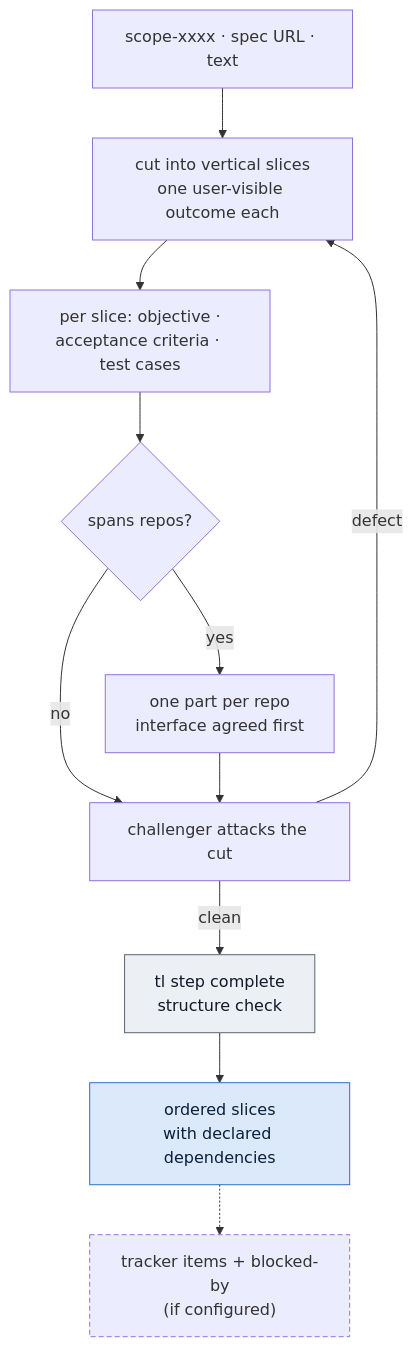
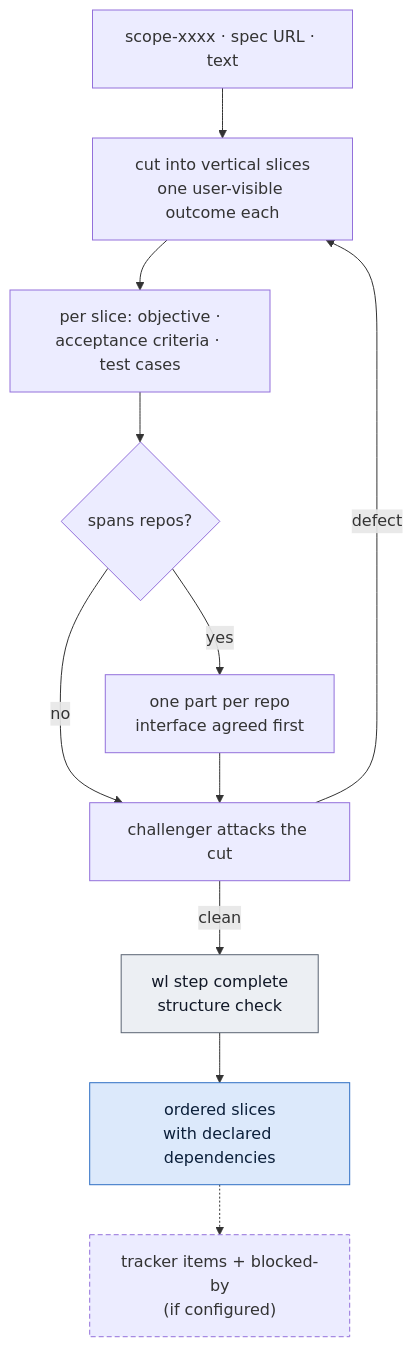
One commit to dreamingechoes/wholeloop changed the diagram in docs/flow/build/slice-work.md. Above: the diagram before and after it, drawn with Mermaid. The commit also changed other lines of this file and 61 other files, not shown here.

````diff
--- a/docs/flow/build/slice-work.md
+++ b/docs/flow/build/slice-work.md
@@ -31,16 +31,16 @@
 ```mermaid
 flowchart TD
   SC["scope-xxxx · spec URL · text"] --> CUT["cut into vertical slices<br/>one user-visible outcome each"]
   CUT --> CR["per slice: objective ·<br/>acceptance criteria · test cases"]
   CR --> REPO{"spans repos?"}
   REPO -- yes --> PARTS["one part per repo<br/>interface agreed first"]
   REPO -- no --> CH
   PARTS --> CH["challenger attacks the cut"]
   CH -- "defect" --> CUT
-  CH -- "clean" --> SH["tl step complete<br/>structure check"]:::core
+  CH -- "clean" --> SH["wl step complete<br/>structure check"]:::core
   SH --> CHAIN["ordered slices<br/>with declared dependencies"]:::build
   CHAIN -.-> TR["tracker items + blocked-by<br/>(if configured)"]:::opt
   classDef build fill:#dce9fb,stroke:#2f6fc4,color:#0b1f3a;
   classDef core fill:#eceff3,stroke:#5b6573,color:#111827;
   classDef opt stroke-dasharray:5 3;
 ```
````
